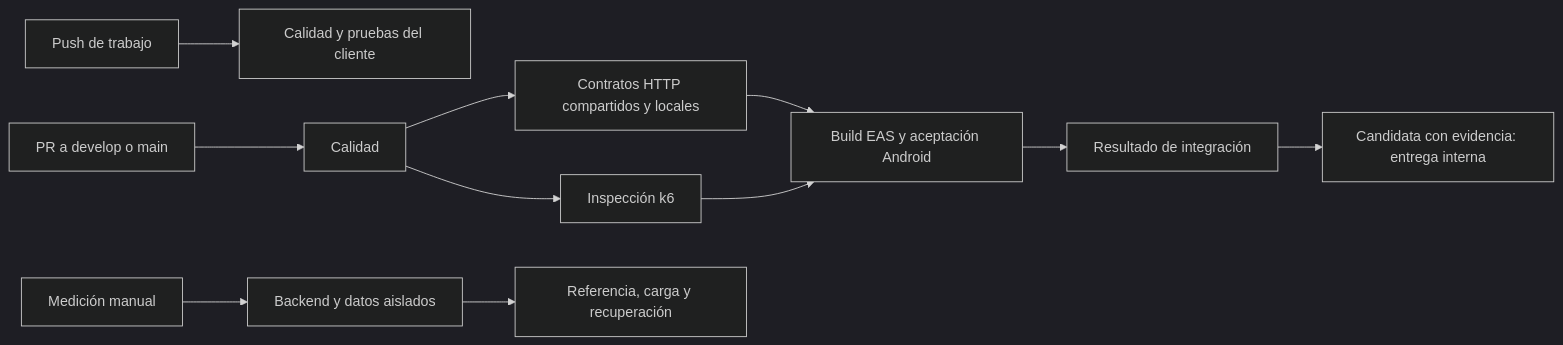
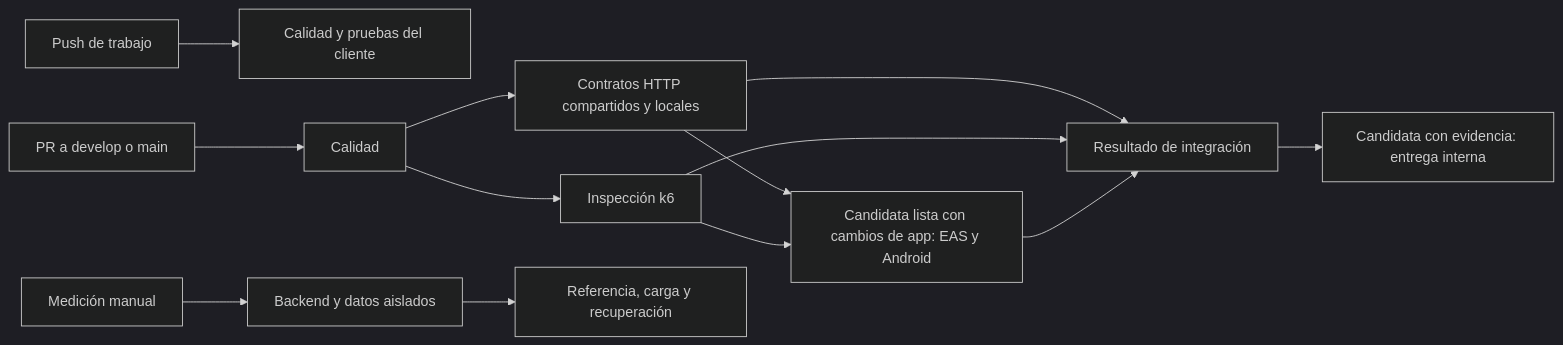
Before and after one commit to Markadw/SportCenter-mobile: the diagram in README.md, drawn with Mermaid (dark theme). The commit also changed other lines of this file and 9 other files, not shown here.

````diff
--- a/README.md
+++ b/README.md
@@ -90,13 +91,15 @@
 ```mermaid
 flowchart LR
   A[Push de trabajo] --> B[Calidad y pruebas del cliente]
   C[PR a develop o main] --> D[Calidad]
   D --> E[Contratos HTTP compartidos y locales]
   D --> F[Inspección k6]
-  E --> G[Build EAS y aceptación Android]
+  E --> G[Candidata lista con cambios de app: EAS y Android]
   F --> G
-  G --> H[Resultado de integración]
+  E --> H[Resultado de integración]
+  F --> H
+  G --> H
   H --> I[Candidata con evidencia: entrega interna]
   J[Medición manual] --> K[Backend y datos aislados]
   K --> L[Referencia, carga y recuperación]
 ```
````
